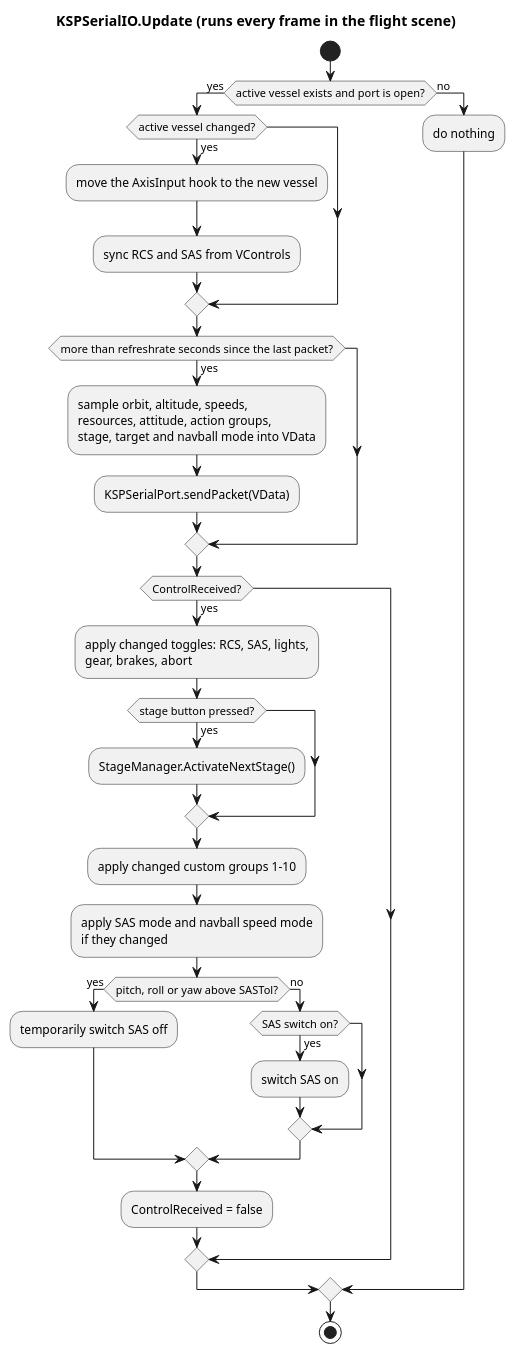
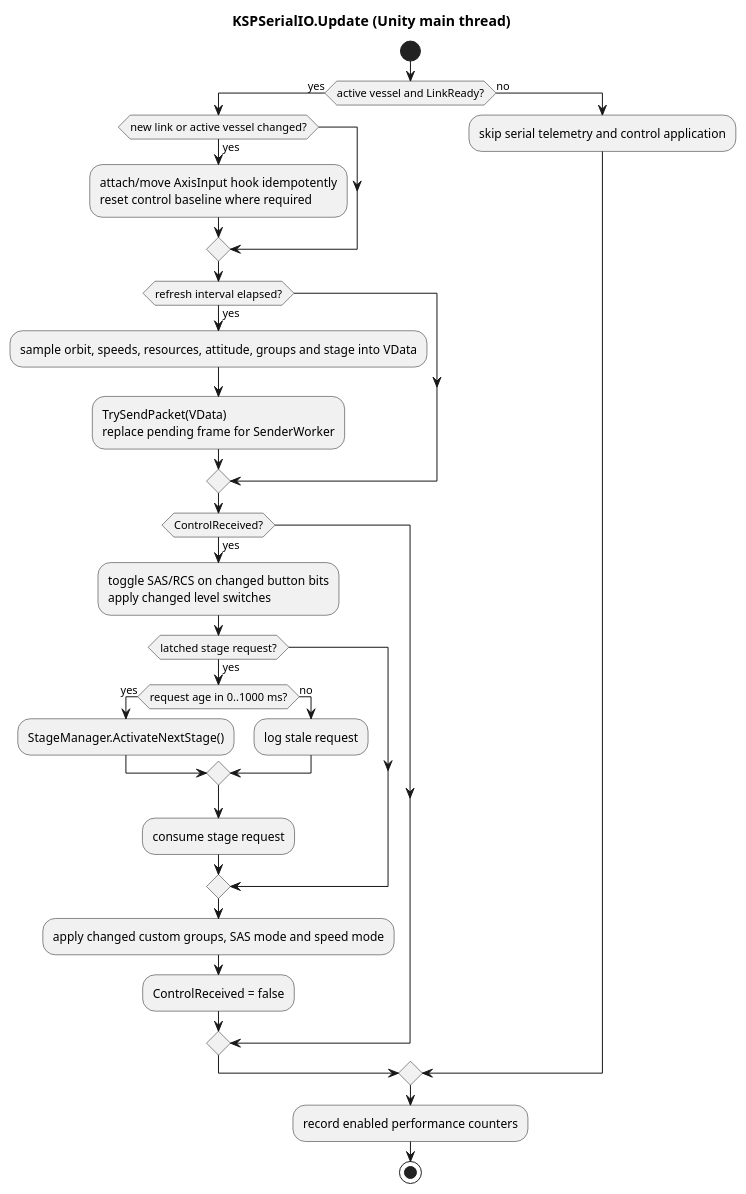
One commit to AlaNLrdE/KSPKontroller changed the diagram in docs/diagrams/activity_plugin_update.puml. Above: the diagram before and after it, drawn with PlantUML. The commit also changed 43 other files, not shown here.

```diff
--- a/docs/diagrams/activity_plugin_update.puml
+++ b/docs/diagrams/activity_plugin_update.puml
@@ -1,34 +1,30 @@
 @startuml activity_plugin_update
-title KSPSerialIO.Update (runs every frame in the flight scene)
-
+title KSPSerialIO.Update (Unity main thread)
 start
-if (active vessel exists and port is open?) then (yes)
-  if (active vessel changed?) then (yes)
-    :move the AxisInput hook to the new vessel;
-    :sync RCS and SAS from VControls;
+if (active vessel and LinkReady?) then (yes)
+  if (new link or active vessel changed?) then (yes)
+    :attach/move AxisInput hook idempotently\nreset control baseline where required;
   endif
-  if (more than refreshrate seconds since the last packet?) then (yes)
-    :sample orbit, altitude, speeds,\nresources, attitude, action groups,\nstage, target and navball mode into VData;
-    :KSPSerialPort.sendPacket(VData);
+  if (refresh interval elapsed?) then (yes)
+    :sample orbit, speeds, resources, attitude, groups and stage into VData;
+    :TrySendPacket(VData)\nreplace pending frame for SenderWorker;
   endif
   if (ControlReceived?) then (yes)
-    :apply changed toggles: RCS, SAS, lights,\ngear, brakes, abort;
-    if (stage button pressed?) then (yes)
-      :StageManager.ActivateNextStage();
+    :toggle SAS/RCS on changed button bits\napply changed level switches;
+    if (latched stage request?) then (yes)
+      if (request age in 0..1000 ms?) then (yes)
+        :StageManager.ActivateNextStage();
+      else (no)
+        :log stale request;
+      endif
+      :consume stage request;
     endif
-    :apply changed custom groups 1-10;
-    :apply SAS mode and navball speed mode\nif they changed;
-    if (pitch, roll or yaw above SASTol?) then (yes)
-      :temporarily switch SAS off;
-    else (no)
-      if (SAS switch on?) then (yes)
-        :switch SAS on;
-      endif
-    endif
+    :apply changed custom groups, SAS mode and speed mode;
     :ControlReceived = false;
   endif
 else (no)
-  :do nothing;
+  :skip serial telemetry and control application;
 endif
+:record enabled performance counters;
 stop
 @enduml
```
